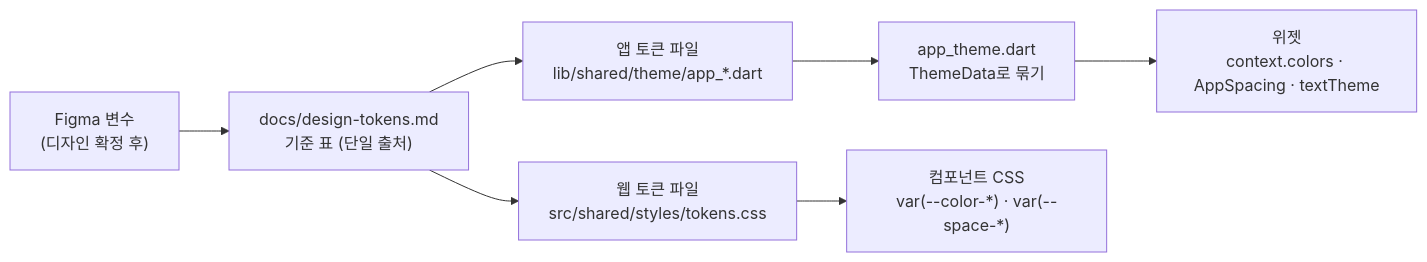
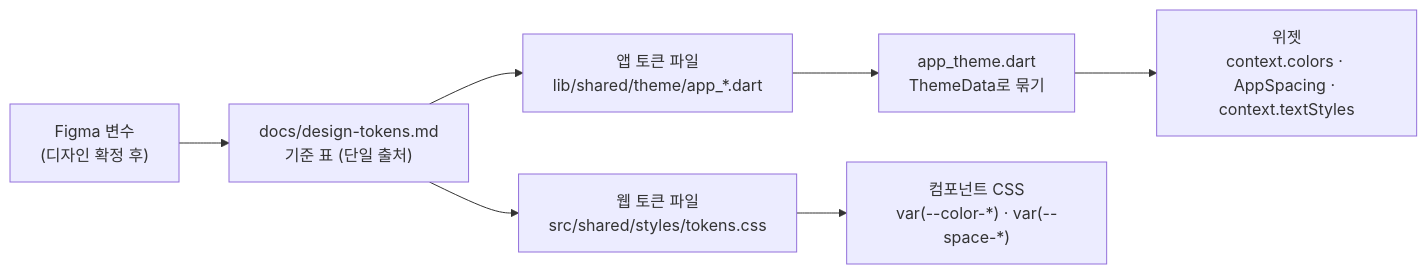
One commit to JECT-Study/highfive-5th-Client changed the tenth of 15 diagrams in docs/overview.md. Above: the diagram before and after it, drawn with Mermaid. The commit also changed 17 other files, not shown here.

````diff
--- a/docs/overview.md
+++ b/docs/overview.md
@@ -261,9 +261,9 @@
 ```mermaid
 flowchart LR
   figma["Figma 변수<br/>(디자인 확정 후)"] --> doc["docs/design-tokens.md<br/>기준 표 (단일 출처)"]
   doc --> dart["앱 토큰 파일<br/>lib/shared/theme/app_*.dart"]
   doc --> css["웹 토큰 파일<br/>src/shared/styles/tokens.css"]
   dart --> theme["app_theme.dart<br/>ThemeData로 묶기"]
-  theme --> w["위젯<br/>context.colors · AppSpacing · textTheme"]
+  theme --> w["위젯<br/>context.colors · AppSpacing · context.textStyles"]
   css --> comp["컴포넌트 CSS<br/>var(--color-*) · var(--space-*)"]
 ```
````
